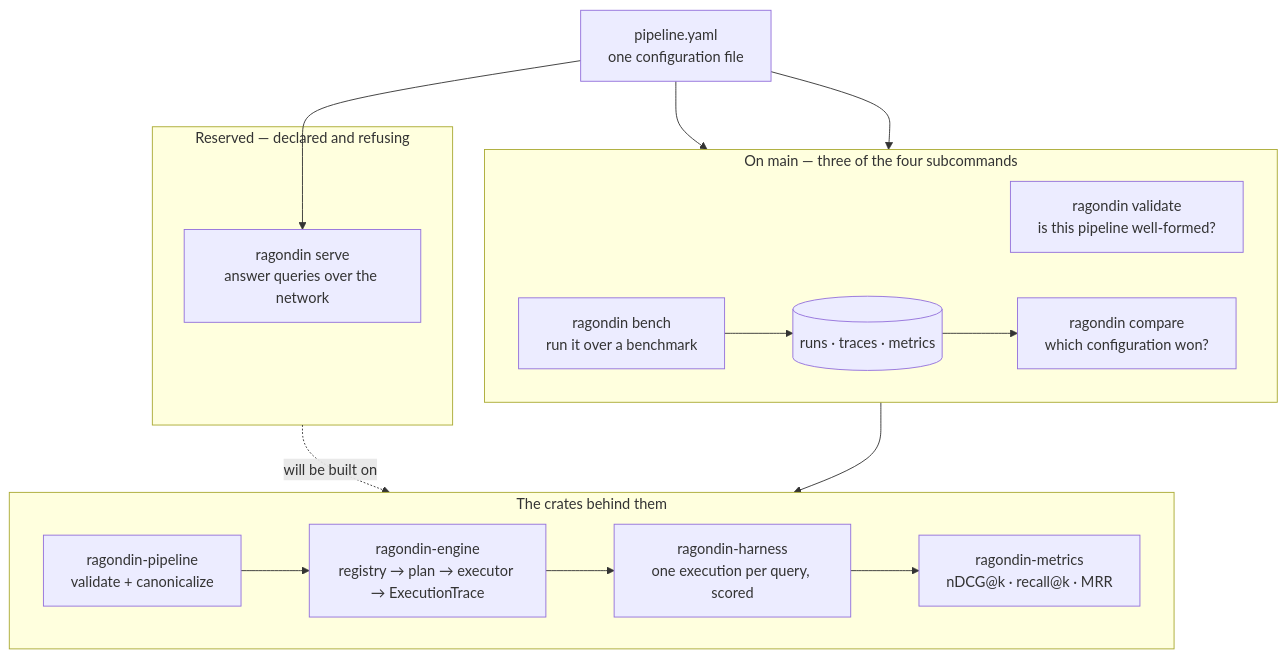
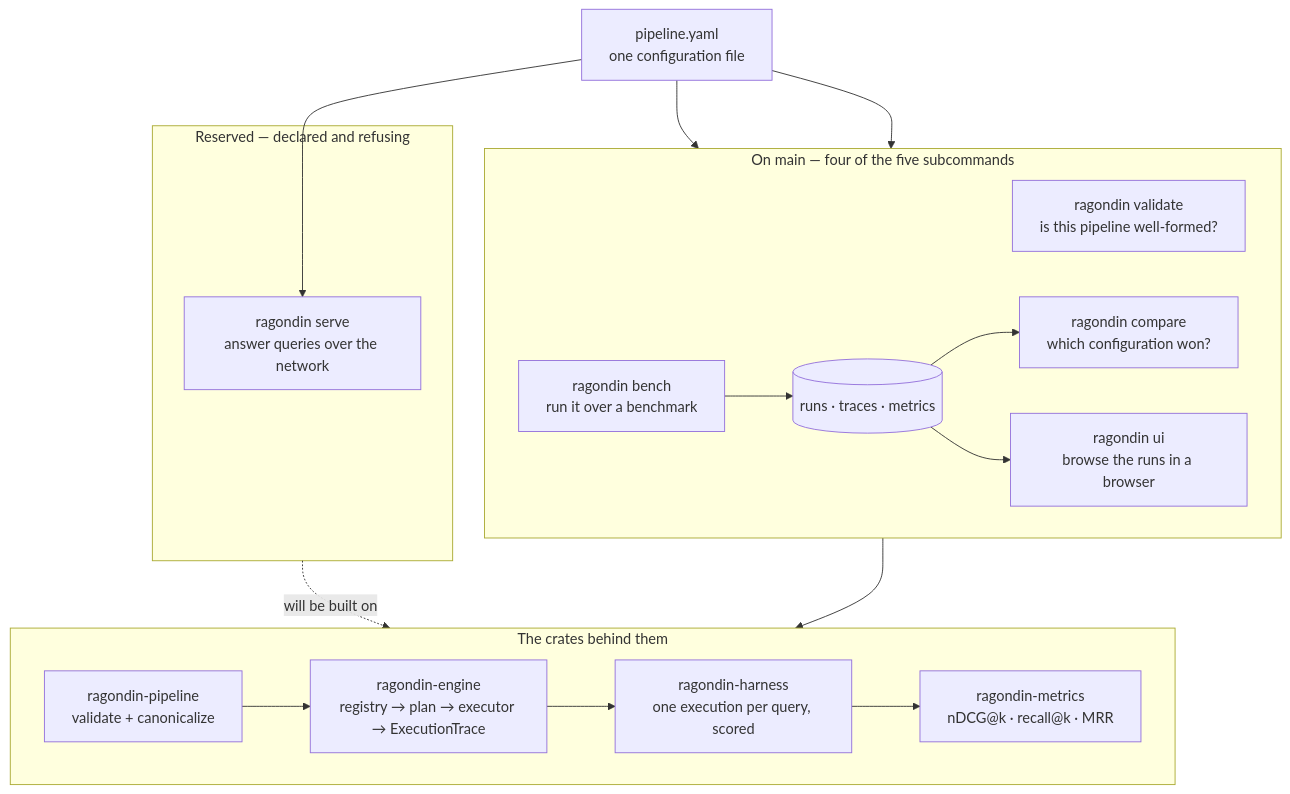
Before and after one commit to genesary/Ragondin: the diagram in README.md, drawn with Mermaid. The commit also changed other lines of this file and 24 other files, not shown here.

````diff
--- a/README.md
+++ b/README.md
@@ -145,32 +145,34 @@
 ```mermaid
 flowchart TB
     CFG["pipeline.yaml<br/>one configuration file"]
 
-    subgraph CLI["On main — three of the four subcommands"]
+    subgraph CLI["On main — four of the five subcommands"]
         direction LR
         VAL["ragondin validate<br/>is this pipeline well-formed?"]
         BEN["ragondin bench<br/>run it over a benchmark"]
         RUNS[("runs · traces · metrics")]
         CMP["ragondin compare<br/>which configuration won?"]
+        UI["ragondin ui<br/>browse the runs in a browser"]
         BEN --> RUNS --> CMP
+        RUNS --> UI
     end
 
     subgraph SERVE["Reserved — declared and refusing"]
         SRV["ragondin serve<br/>answer queries over the network"]
     end
 
     subgraph LIB["The crates behind them"]
         direction LR
         PIPE["ragondin-pipeline<br/>validate + canonicalize"]
         ENG["ragondin-engine<br/>registry → plan → executor → ExecutionTrace"]
         HAR["ragondin-harness<br/>one execution per query, scored"]
         MET["ragondin-metrics<br/>nDCG@k · recall@k · MRR"]
         PIPE --> ENG --> HAR --> MET
     end
 
     CFG --> VAL
     CFG --> BEN
     CFG --> SRV
     CLI --> LIB
     SERVE -.->|"will be built on"| LIB
 ```
````
